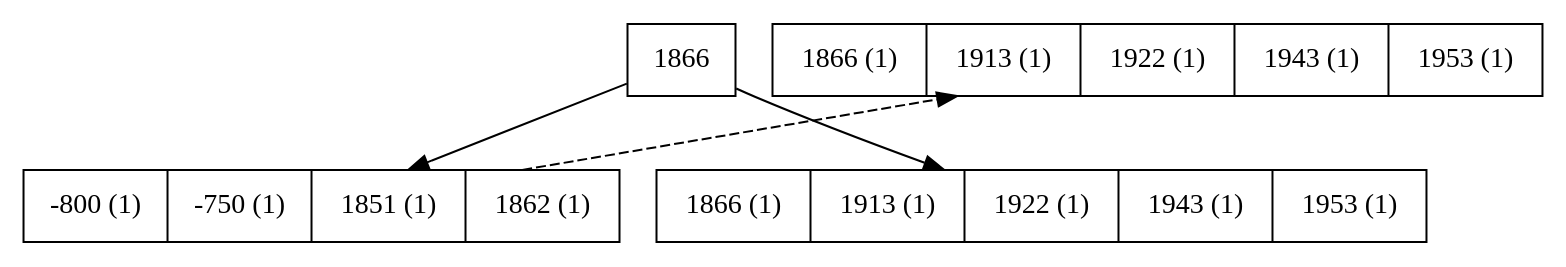
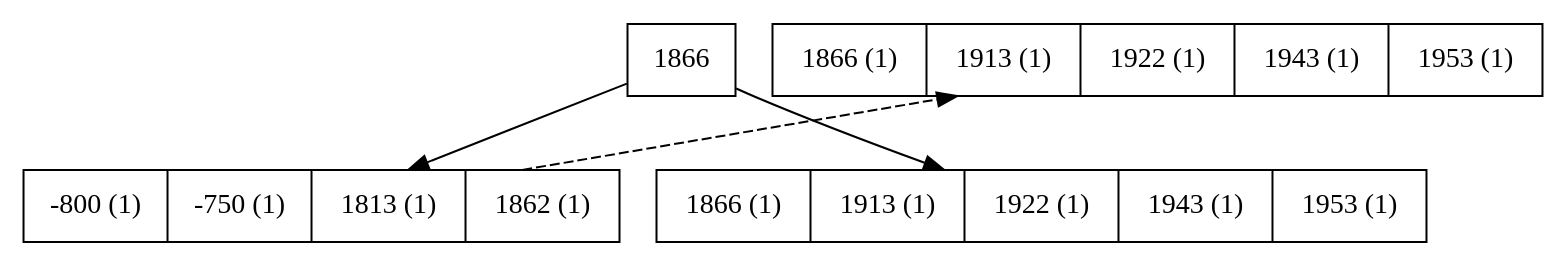
Before and after one commit to JgabrielH1007/BibliotecaMagicaEDD: the diagram in arbolAnio.dot, drawn with Graphviz. The commit also changed 25 other files, not shown here.

```diff
--- a/arbolAnio.dot
+++ b/arbolAnio.dot
@@ -1,10 +1,10 @@
 digraph G {
   node [shape=record];
   node0 [label="1866", shape=record];
-  node1 [label="-800 (1) | -750 (1) | 1851 (1) | 1862 (1)", shape=record];
+  node1 [label="-800 (1) | -750 (1) | 1813 (1) | 1862 (1)", shape=record];
   node2 [label="1866 (1) | 1913 (1) | 1922 (1) | 1943 (1) | 1953 (1)", shape=record];
   node1 -> node2 [style=dashed, constraint=false];
   node0 -> node1;
   node3 [label="1866 (1) | 1913 (1) | 1922 (1) | 1943 (1) | 1953 (1)", shape=record];
   node0 -> node3;
 }
```
